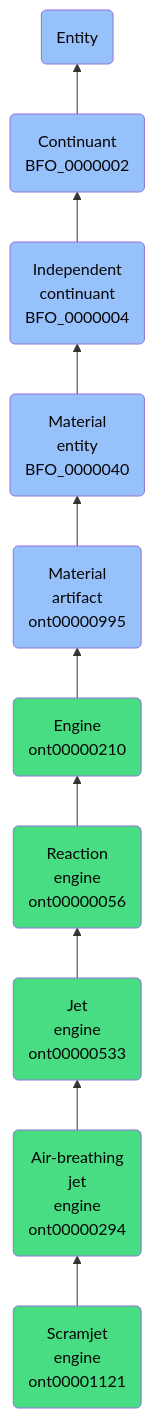
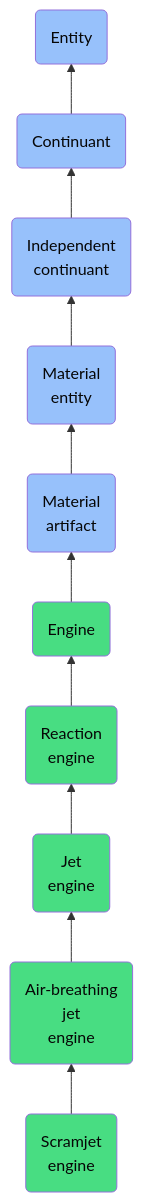
One commit to jupyter-naas/abi changed the diagram in docs/ontology/reference/model/Entity/Continuant/Independent continuant/Material entity/Material artifact/Engine/Reaction engine/Jet engine/Air-breathing jet engine/Scramjet engine/Scramjet engine.md. Above: the diagram before and after it, drawn with Mermaid. The commit also changed other lines of this file and 1430 other files, not shown here.

````diff
--- a/docs/ontology/reference/model/Entity/Continuant/Independent continuant/Material entity/Material artifact/Engine/Reaction engine/Jet engine/Air-breathing jet engine/Scramjet engine/Scramjet engine.md
+++ b/docs/ontology/reference/model/Entity/Continuant/Independent continuant/Material entity/Material artifact/Engine/Reaction engine/Jet engine/Air-breathing jet engine/Scramjet engine/Scramjet engine.md
@@ -25,17 +25,17 @@
 ```mermaid
 graph BT
-    ont00001121(Scramjet<br>engine<br>ont00001121):::ABI-->ont00000294
-    ont00000294(Air-breathing<br>jet<br>engine<br>ont00000294):::ABI-->ont00000533
-    ont00000533(Jet<br>engine<br>ont00000533):::ABI-->ont00000056
-    ont00000056(Reaction<br>engine<br>ont00000056):::ABI-->ont00000210
-    ont00000210(Engine<br>ont00000210):::ABI-->ont00000995
-    ont00000995(Material<br>artifact<br>ont00000995):::BFO-->BFO_0000040
-    BFO_0000040(Material<br>entity<br>BFO_0000040):::BFO-->BFO_0000004
-    BFO_0000004(Independent<br>continuant<br>BFO_0000004):::BFO-->BFO_0000002
-    BFO_0000002(Continuant<br>BFO_0000002):::BFO-->BFO_0000001
+    ont00001121(Scramjet<br>engine):::ABI-->ont00000294
+    ont00000294(Air-breathing<br>jet<br>engine):::ABI-->ont00000533
+    ont00000533(Jet<br>engine):::ABI-->ont00000056
+    ont00000056(Reaction<br>engine):::ABI-->ont00000210
+    ont00000210(Engine):::ABI-->ont00000995
+    ont00000995(Material<br>artifact):::BFO-->BFO_0000040
+    BFO_0000040(Material<br>entity):::BFO-->BFO_0000004
+    BFO_0000004(Independent<br>continuant):::BFO-->BFO_0000002
+    BFO_0000002(Continuant):::BFO-->BFO_0000001
     BFO_0000001(Entity):::BFO
     
     classDef BFO fill:#97c1fb,color:#060606
     classDef CCO fill:#e4c51e,color:#060606
     classDef ABI fill:#48DD82,color:#060606
 ```
````
